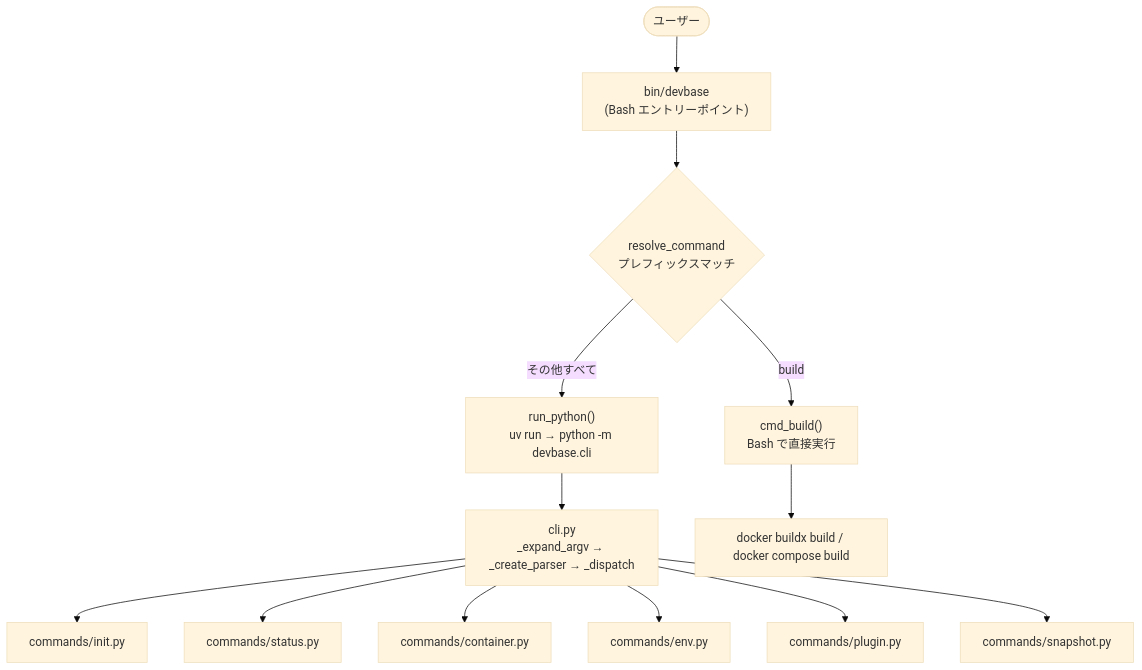
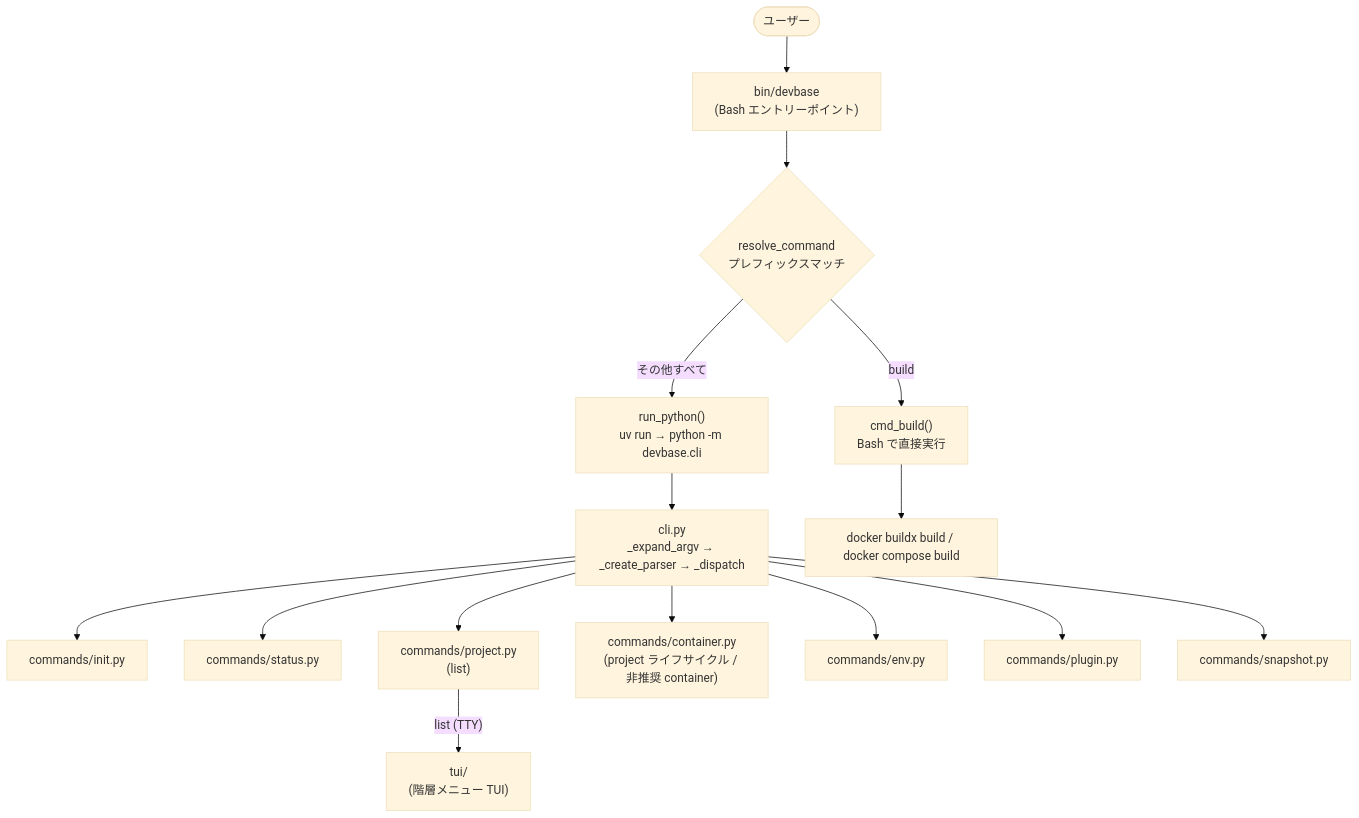
The first of 5 diagrams in docs/developer/architecture.md (devbasex/devbase), drawn with Mermaid (base theme) before and after one commit. The commit also changed other lines of this file and 3 other files, not shown here.

````diff
--- a/docs/developer/architecture.md
+++ b/docs/developer/architecture.md
@@ -10,20 +10,23 @@
 ```mermaid
 flowchart TB
     User([ユーザー]) --> BinDevbase["bin/devbase<br/>(Bash エントリーポイント)"]
 
     BinDevbase --> ResolveCmd{"resolve_command<br/>プレフィックスマッチ"}
 
     ResolveCmd -->|"build"| CmdBuild["cmd_build()<br/>Bash で直接実行"]
     ResolveCmd -->|"その他すべて"| RunPython["run_python()<br/>uv run → python -m devbase.cli"]
 
     RunPython --> CliPy["cli.py<br/>_expand_argv → _create_parser → _dispatch"]
 
     CliPy --> Init["commands/init.py"]
     CliPy --> Status["commands/status.py"]
-    CliPy --> Container["commands/container.py"]
+    CliPy --> Project["commands/project.py<br/>(list)"]
+    CliPy --> Container["commands/container.py<br/>(project ライフサイクル / 非推奨 container)"]
     CliPy --> Env["commands/env.py"]
     CliPy --> Plugin["commands/plugin.py"]
     CliPy --> Snapshot["commands/snapshot.py"]
 
+    Project -->|"list (TTY)"| Tui["tui/<br/>(階層メニュー TUI)"]
+
     CmdBuild --> Docker["docker buildx build / docker compose build"]
 ```
````
